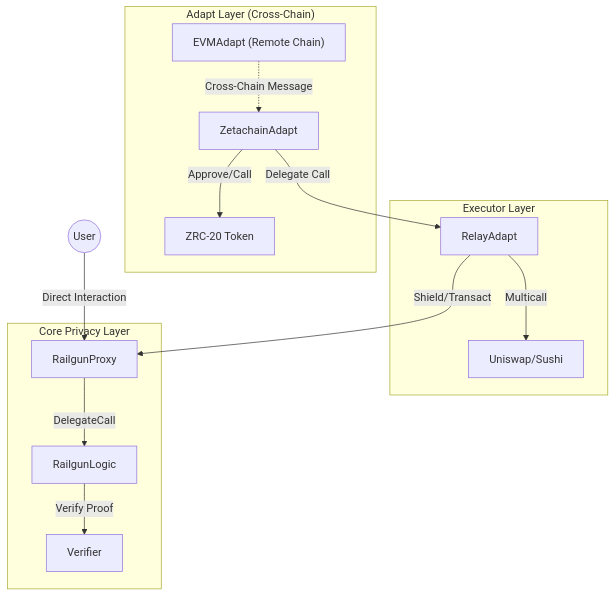
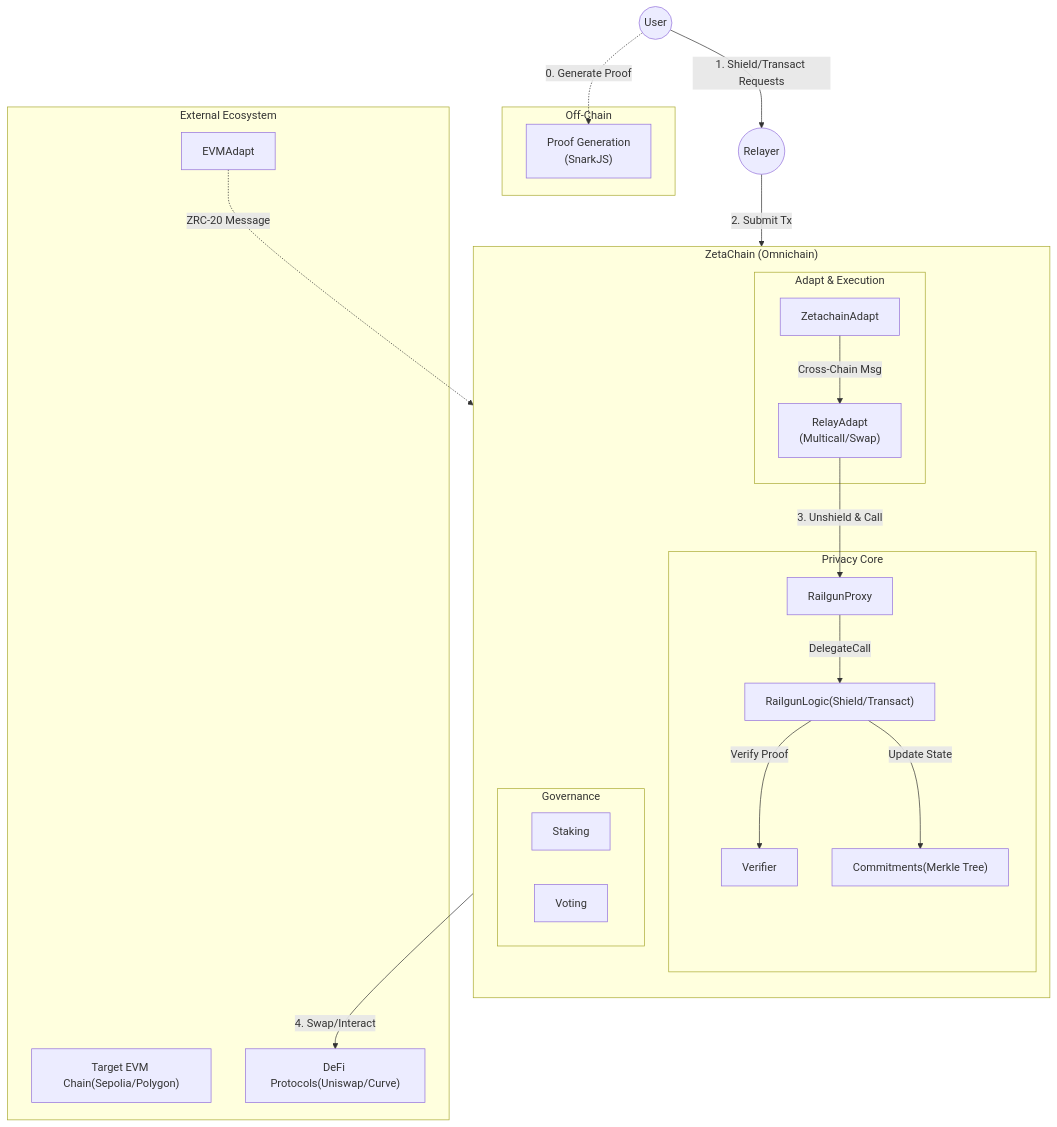
One commit to ZetachainHackathon/UniversalPrivate changed the first of 7 diagrams in contract/README.md. Above: the diagram before and after it, drawn with Mermaid. The commit also changed other lines of this file, not shown here.

````diff
--- a/contract/README.md
+++ b/contract/README.md
@@ -20,33 +20,53 @@
 ```mermaid
 graph TD
+    %% Actors
     User((User))
-    
-    subgraph "Adapt Layer (Cross-Chain)"
-        EVMAdapt["EVMAdapt (Remote Chain)"]
-        ZRC20[ZRC-20 Token]
-        ZetaAdapt[ZetachainAdapt]
-        
-        EVMAdapt -.->|Cross-Chain Message| ZetaAdapt
-        ZetaAdapt -->|Approve/Call| ZRC20
+    Relayer((Relayer))
+
+    %% Subgraphs
+    subgraph "Off-Chain"
+        ProofGen["Proof Generation\n(SnarkJS)"]
     end
 
-    subgraph "Executor Layer"
-        RelayAdapt[RelayAdapt]
-        DeFi[Uniswap/Sushi]
+    subgraph "ZetaChain (Omnichain)"
+        direction TB
+        subgraph "Privacy Core"
+            Proxy[RailgunProxy]
+            Logic["RailgunLogic(Shield/Transact)"]
+            Verifier[Verifier]
+            Commitments["Commitments(Merkle Tree)"]
+        end
+
+        subgraph "Adapt & Execution"
+            RelayAdapt["RelayAdapt\n(Multicall/Swap)"]
+            ZetaAdapt[ZetachainAdapt]
+        end
         
-        ZetaAdapt -->|Delegate Call| RelayAdapt
-        RelayAdapt -->|Multicall| DeFi
+        subgraph "Governance"
+            Staking[Staking]
+            Voting[Voting]
+        end
     end
 
-    subgraph "Core Privacy Layer"
-        Proxy[RailgunProxy]
-        Logic[RailgunLogic]
-        Verifier[Verifier]
-        
-        RelayAdapt -->|Shield/Transact| Proxy
-        Proxy -->|DelegateCall| Logic
-        Logic -->|Verify Proof| Verifier
+    subgraph "External Ecosystem"
+        TargetChain["Target EVM Chain(Sepolia/Polygon)"]
+        DeFi["DeFi Protocols(Uniswap/Curve)"]
+        EVMAdapt[EVMAdapt]
     end
+
+    %% Connections
+    User -- "1. Shield/Transact Requests" --> Relayer
+    User -. "0. Generate Proof" .-> ProofGen
+    Relayer -- "2. Submit Tx" --> Proxy
     
-    User -->|Direct Interaction| Proxy
+    Proxy -- "DelegateCall" --> Logic
+    Logic -- "Verify Proof" --> Verifier
+    Logic -- "Update State" --> Commitments
+
+    %% Adapt Flows
+    RelayAdapt -- "3. Unshield & Call" --> Proxy
+    RelayAdapt -- "4. Swap/Interact" --> DeFi
+    
+    ZetaAdapt -- "Cross-Chain Msg" --> RelayAdapt
+    EVMAdapt -. "ZRC-20 Message" .-> ZetaAdapt
 ```
````
